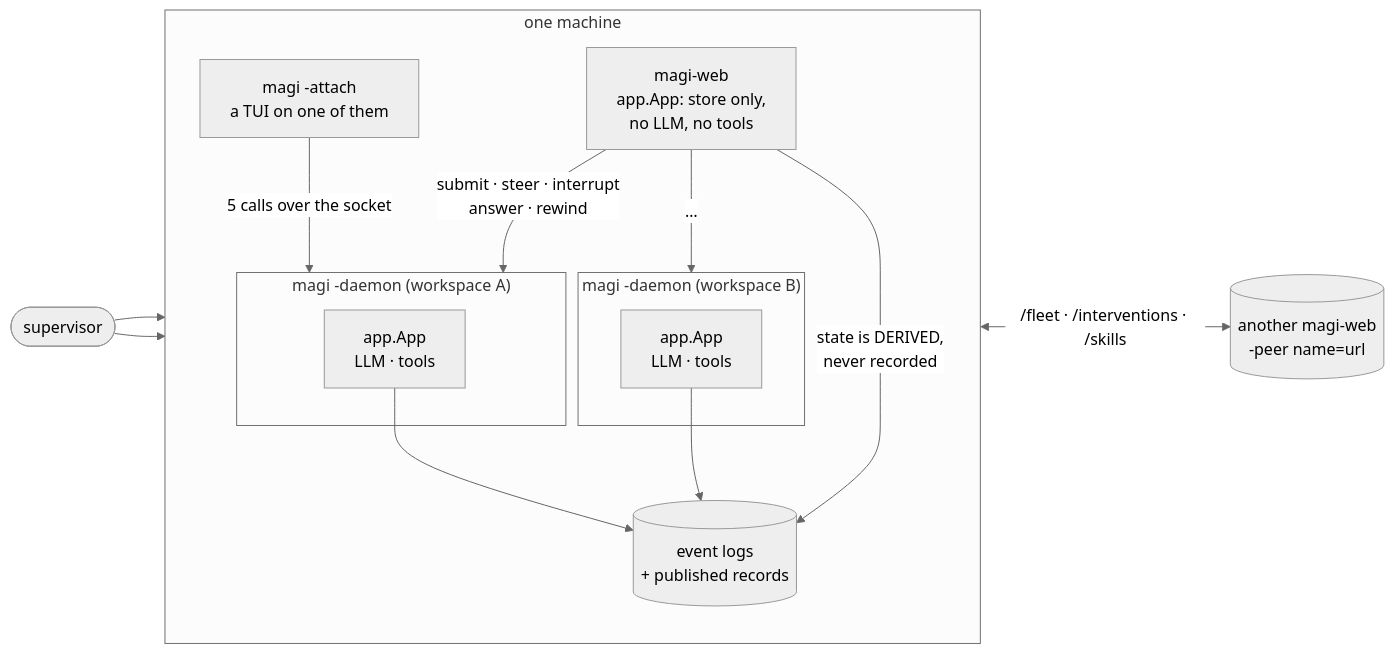
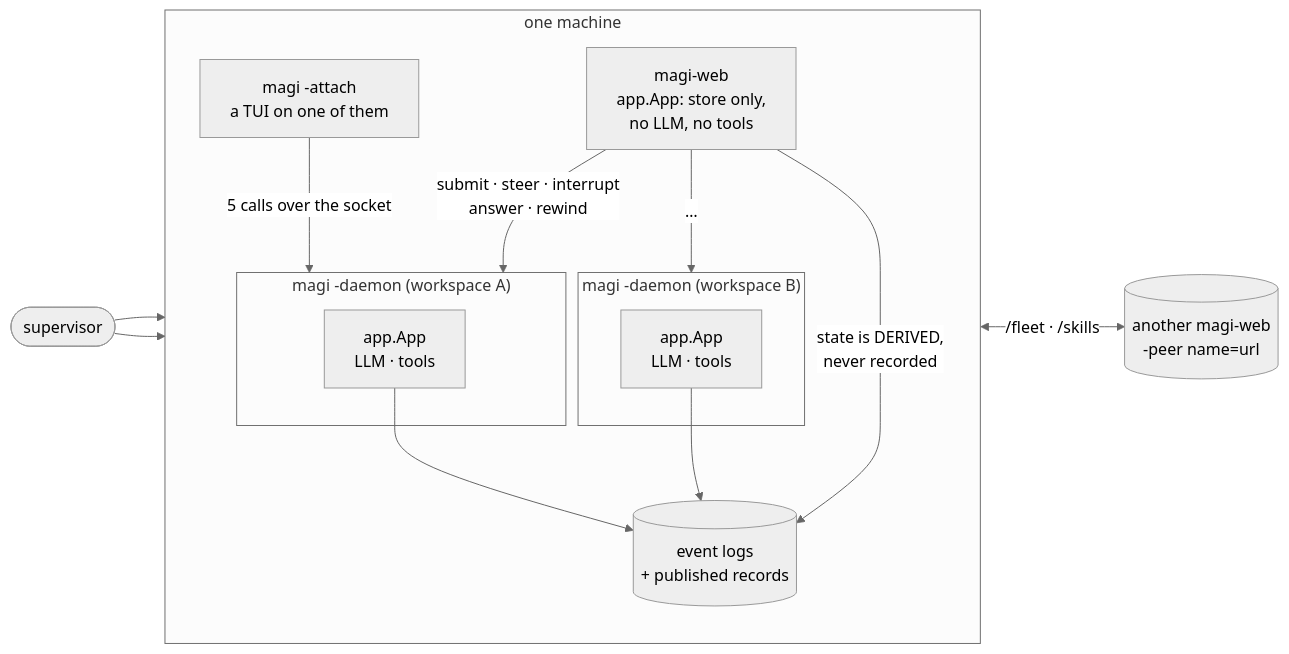
One commit to sayaya1090/magi changed the second of 18 diagrams in docs/DIAGRAMS.md. Above: the diagram before and after it, drawn with Mermaid. The commit also changed 18 other files, not shown here.

First line of the commit message:
web: take down /interventions — the endpoint whose card already left

````diff
--- a/docs/DIAGRAMS.md
+++ b/docs/DIAGRAMS.md
@@ -83,28 +83,28 @@
 ```mermaid
 %%{init: {'theme':'neutral','flowchart':{'curve':'basis'}}}%%
 flowchart LR
   supervisor(["supervisor"])
   subgraph machine["one machine"]
     direction TB
     subgraph d1["magi -daemon (workspace A)"]
       a1["app.App<br/>LLM · tools"]
     end
     subgraph d2["magi -daemon (workspace B)"]
       a2["app.App<br/>LLM · tools"]
     end
     attach["magi -attach<br/>a TUI on one of them"]
     web["magi-web<br/>app.App: store only,<br/>no LLM, no tools"]
     logs[("event logs<br/>+ published records")]
   end
   peer[("another magi-web<br/>-peer name=url")]
 
   supervisor --> web
   supervisor --> attach
   attach -->|"5 calls over the socket"| d1
   web -->|"submit · steer · interrupt<br/>answer · rewind"| d1
   web -->|"…"| d2
   a1 --> logs
   a2 --> logs
   web -->|"state is DERIVED,<br/>never recorded"| logs
-  web <-->|"/fleet · /interventions · /skills"| peer
+  web <-->|"/fleet · /skills"| peer
 ```
````
